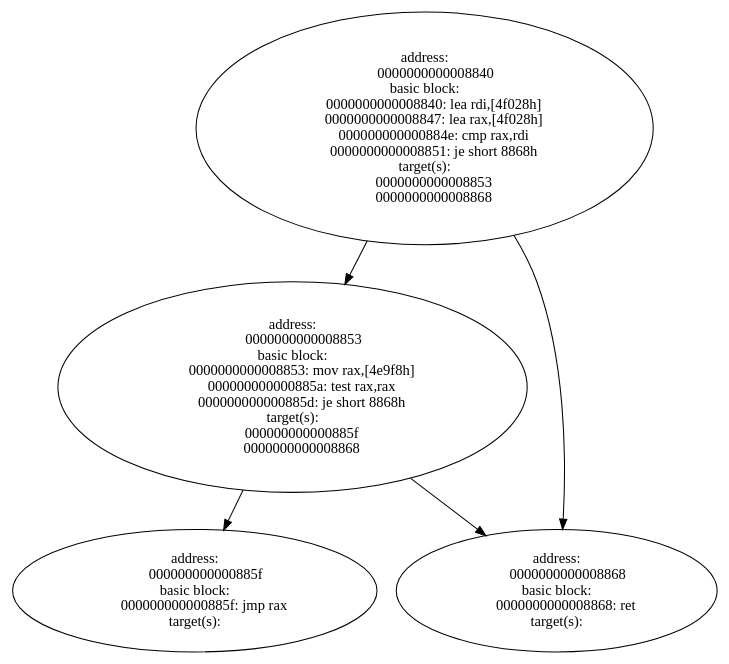
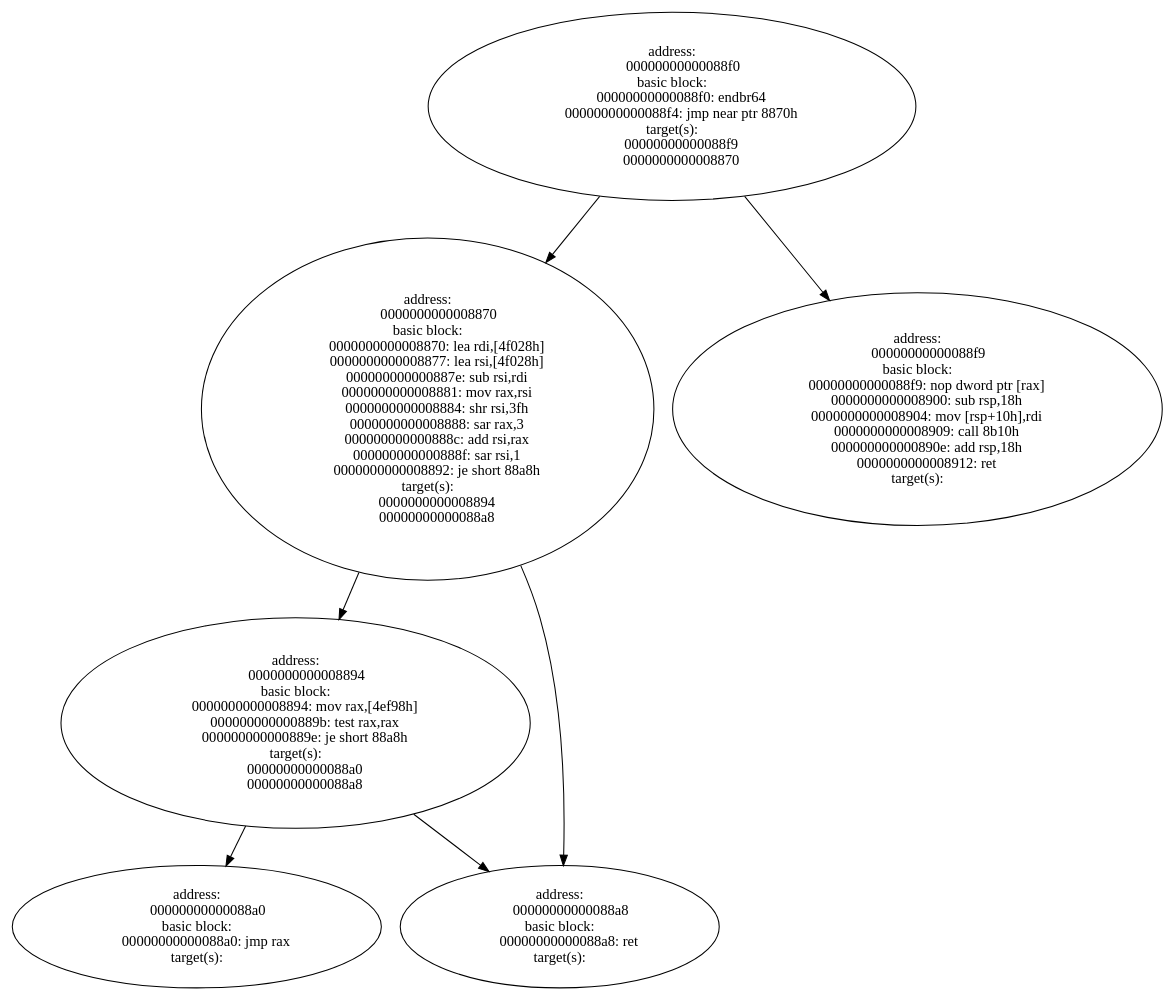
Before and after one commit to san-rok/virtual_address: the diagram in virtual_address.dot, drawn with Graphviz.

Commit message:
test generated .dot file

```diff
--- a/virtual_address.dot
+++ b/virtual_address.dot
@@ -1,10 +1,14 @@
 digraph control_flow {
-    N0x8840[label="address:\n       0000000000008840\nbasic block:\n      0000000000008840: lea rdi,[4f028h]\n      0000000000008847: lea rax,[4f028h]\n      000000000000884e: cmp rax,rdi\n      0000000000008851: je short 8868h\ntarget(s):\n      0000000000008853\n      0000000000008868\n"];
-    N0x8853[label="address:\n       0000000000008853\nbasic block:\n      0000000000008853: mov rax,[4e9f8h]\n      000000000000885a: test rax,rax\n      000000000000885d: je short 8868h\ntarget(s):\n      000000000000885f\n      0000000000008868\n"];
-    N0x885f[label="address:\n       000000000000885f\nbasic block:\n      000000000000885f: jmp rax\ntarget(s):\n"];
-    N0x8868[label="address:\n       0000000000008868\nbasic block:\n      0000000000008868: ret\ntarget(s):\n"];
-    N0x8840 -> N0x8853[label=""];
-    N0x8840 -> N0x8868[label=""];
-    N0x8853 -> N0x885f[label=""];
-    N0x8853 -> N0x8868[label=""];
+    N0x8870[label="address:\n       0000000000008870\nbasic block:\n      0000000000008870: lea rdi,[4f028h]\n      0000000000008877: lea rsi,[4f028h]\n      000000000000887e: sub rsi,rdi\n      0000000000008881: mov rax,rsi\n      0000000000008884: shr rsi,3fh\n      0000000000008888: sar rax,3\n      000000000000888c: add rsi,rax\n      000000000000888f: sar rsi,1\n      0000000000008892: je short 88a8h\ntarget(s):\n      0000000000008894\n      00000000000088a8\n"];
+    N0x8894[label="address:\n       0000000000008894\nbasic block:\n      0000000000008894: mov rax,[4ef98h]\n      000000000000889b: test rax,rax\n      000000000000889e: je short 88a8h\ntarget(s):\n      00000000000088a0\n      00000000000088a8\n"];
+    N0x88a0[label="address:\n       00000000000088a0\nbasic block:\n      00000000000088a0: jmp rax\ntarget(s):\n"];
+    N0x88a8[label="address:\n       00000000000088a8\nbasic block:\n      00000000000088a8: ret\ntarget(s):\n"];
+    N0x88f0[label="address:\n       00000000000088f0\nbasic block:\n      00000000000088f0: endbr64\n      00000000000088f4: jmp near ptr 8870h\ntarget(s):\n      00000000000088f9\n      0000000000008870\n"];
+    N0x88f9[label="address:\n       00000000000088f9\nbasic block:\n      00000000000088f9: nop dword ptr [rax]\n      0000000000008900: sub rsp,18h\n      0000000000008904: mov [rsp+10h],rdi\n      0000000000008909: call 8b10h\n      000000000000890e: add rsp,18h\n      0000000000008912: ret\ntarget(s):\n"];
+    N0x8870 -> N0x8894[label=""];
+    N0x8870 -> N0x88a8[label=""];
+    N0x8894 -> N0x88a0[label=""];
+    N0x8894 -> N0x88a8[label=""];
+    N0x88f0 -> N0x88f9[label=""];
+    N0x88f0 -> N0x8870[label=""];
 }
```
